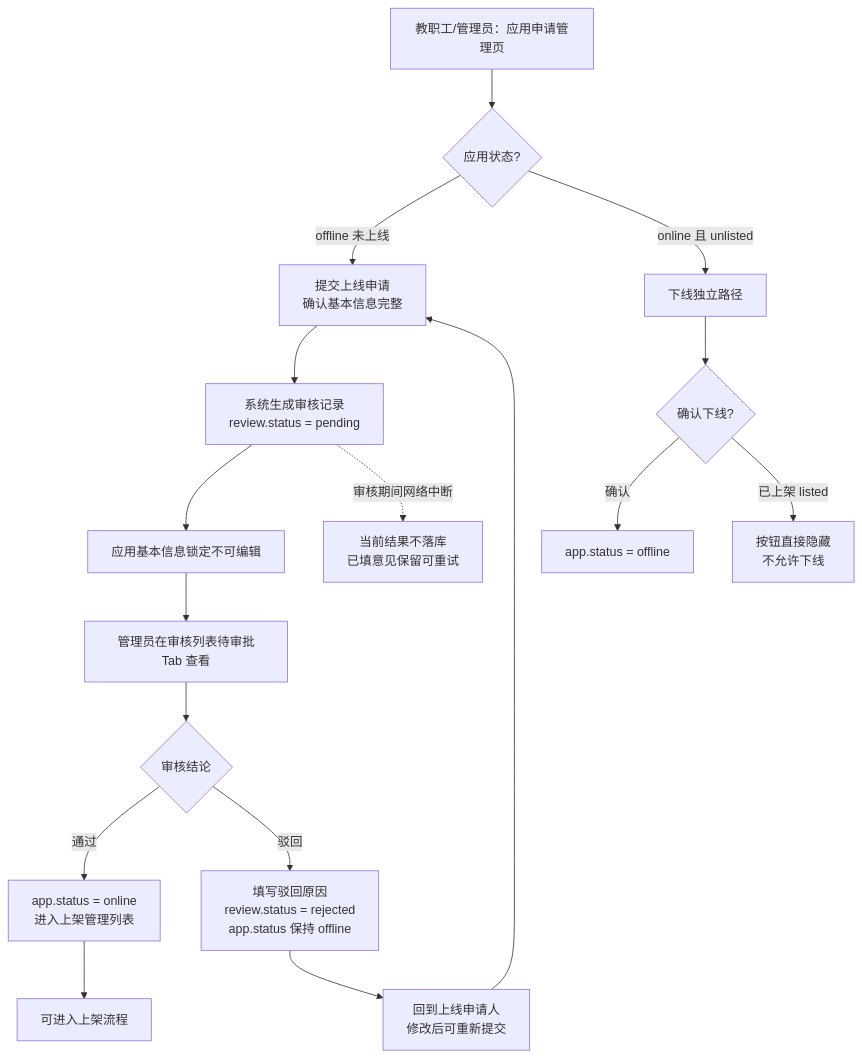
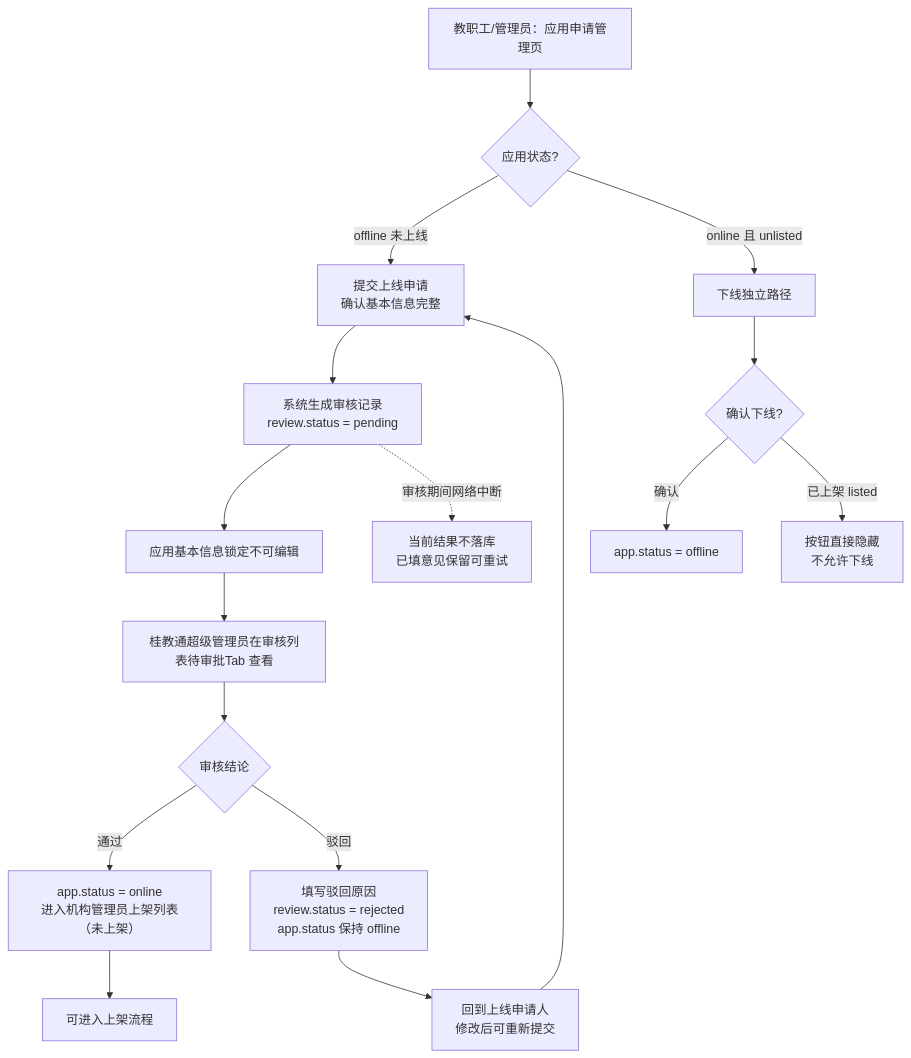
Before and after one commit to sunmei119/restore: the first of 4 diagrams in output/prd/prd.md, drawn with Mermaid. The commit also changed other lines of this file and 2 other files, not shown here.

````diff
--- a/output/prd/prd.md
+++ b/output/prd/prd.md
@@ -45,19 +45,19 @@
 ```mermaid
 flowchart TD
     A["教职工/管理员：应用申请管理页"] --> B{"应用状态?"}
     B -->|"offline 未上线"| C["提交上线申请<br/>确认基本信息完整"]
     B -->|"online 且 unlisted"| Z["下线独立路径"]
     C --> D["系统生成审核记录<br/>review.status = pending"]
     D --> E["应用基本信息锁定不可编辑"]
-    E --> F["管理员在审核列表待审批Tab 查看"]
+    E --> F["桂教通超级管理员在审核列表待审批Tab 查看"]
     F --> G{"审核结论"}
-    G -->|"通过"| H["app.status = online<br/>进入上架管理列表"]
+    G -->|"通过"| H["app.status = online<br/>进入机构管理员上架列表（未上架）"]
     G -->|"驳回"| I["填写驳回原因<br/>review.status = rejected<br/>app.status 保持 offline"]
     I --> J["回到上线申请人<br/>修改后可重新提交"]
     J --> C
     H --> K["可进入上架流程"]
     Z --> Z1{"确认下线?"}
     Z1 -->|"确认"| Z2["app.status = offline"]
     Z1 -->|"已上架 listed"| Z3["按钮直接隐藏<br/>不允许下线"]
     D -. "审核期间网络中断" .-> D1["当前结果不落库<br/>已填意见保留可重试"]
 ```
````
